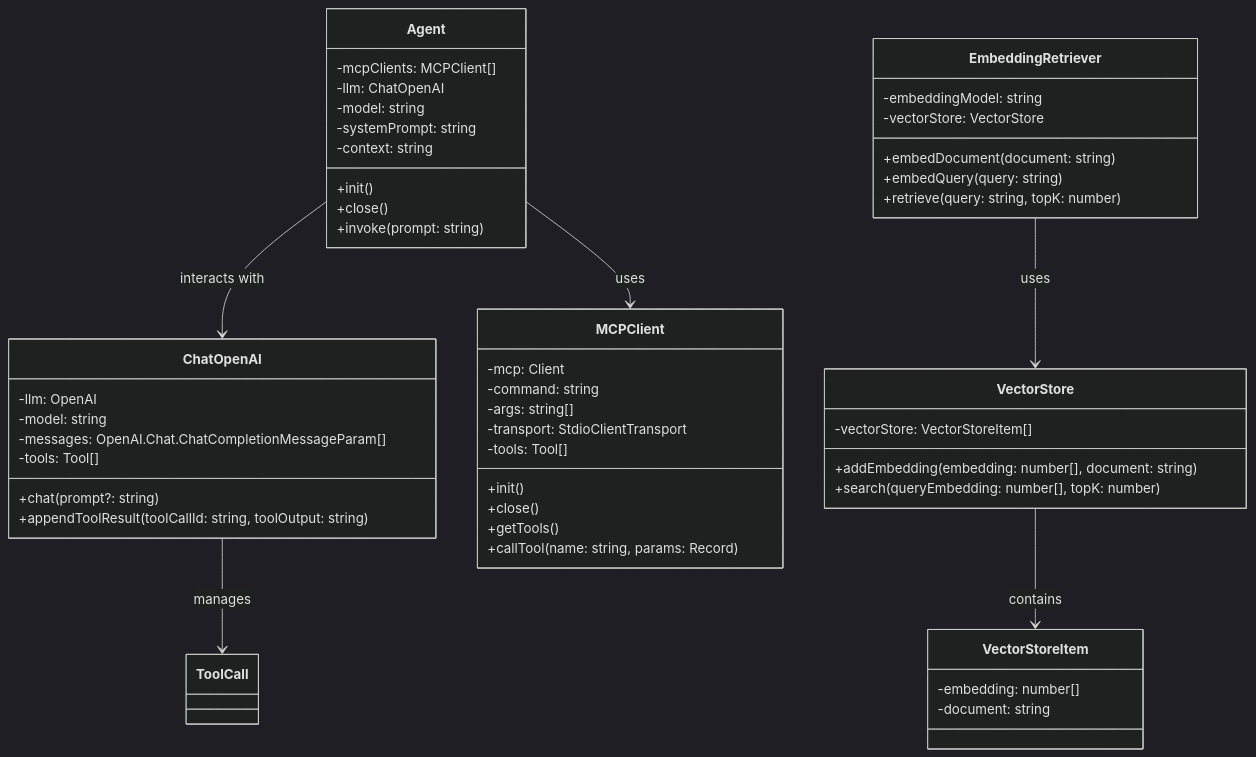
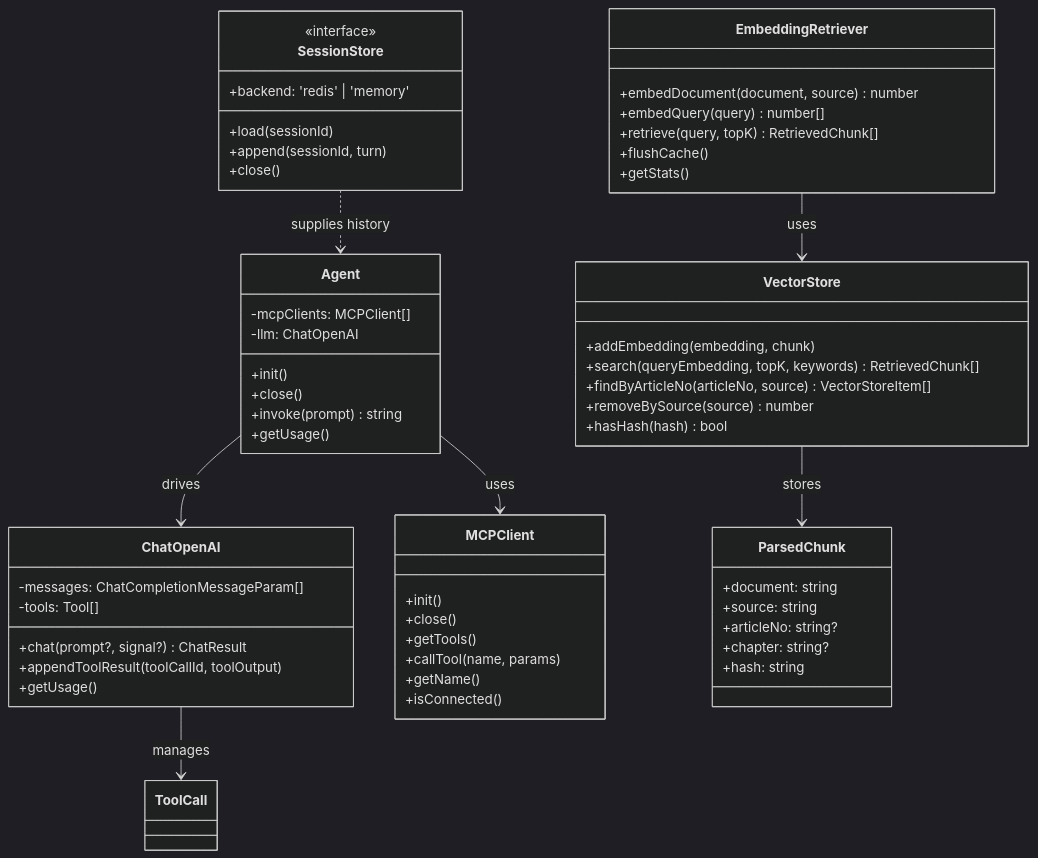
The diagram in README.md (MoreClosersy/MAXLAW), drawn with Mermaid (dark theme) before and after one commit. The commit also changed other lines of this file and 73 other files, not shown here.

````diff
--- a/README.md
+++ b/README.md
@@ -13,54 +585,61 @@
 ```mermaid
 classDiagram
     class Agent {
         +init()
         +close()
-        +invoke(prompt: string)
+        +invoke(prompt) string
+        +getUsage()
         -mcpClients: MCPClient[]
         -llm: ChatOpenAI
-        -model: string
-        -systemPrompt: string
-        -context: string
     }
     class ChatOpenAI {
-        +chat(prompt?: string)
-        +appendToolResult(toolCallId: string, toolOutput: string)
-        -llm: OpenAI
-        -model: string
-        -messages: OpenAI.Chat.ChatCompletionMessageParam[]
+        +chat(prompt?, signal?) ChatResult
+        +appendToolResult(toolCallId, toolOutput)
+        +getUsage()
+        -messages: ChatCompletionMessageParam[]
         -tools: Tool[]
     }
     class EmbeddingRetriever {
-        +embedDocument(document: string)
-        +embedQuery(query: string)
-        +retrieve(query: string, topK: number)
-        -embeddingModel: string
-        -vectorStore: VectorStore
+        +embedDocument(document, source) number
+        +embedQuery(query) number[]
+        +retrieve(query, topK) RetrievedChunk[]
+        +flushCache()
+        +getStats()
+    }
+    class VectorStore {
+        +addEmbedding(embedding, chunk)
+        +search(queryEmbedding, topK, keywords) RetrievedChunk[]
+        +findByArticleNo(articleNo, source) VectorStoreItem[]
+        +removeBySource(source) number
+        +hasHash(hash) bool
     }
     class MCPClient {
         +init()
         +close()
         +getTools()
-        +callTool(name: string, params: Record<string, any>)
-        -mcp: Client
-        -command: string
-        -args: string[]
-        -transport: StdioClientTransport
-        -tools: Tool[]
+        +callTool(name, params)
+        +getName()
+        +isConnected()
     }
-    class VectorStore {
-        +addEmbedding(embedding: number[], document: string)
-        +search(queryEmbedding: number[], topK: number)
-        -vectorStore: VectorStoreItem[]
+    class SessionStore {
+        <<interface>>
+        +backend: 'redis' | 'memory'
+        +load(sessionId)
+        +append(sessionId, turn)
+        +close()
     }
-    class VectorStoreItem {
-        -embedding: number[]
-        -document: string
+    class ParsedChunk {
+        +document: string
+        +source: string
+        +articleNo: string?
+        +chapter: string?
+        +hash: string
     }
 
     Agent --> MCPClient : uses
-    Agent --> ChatOpenAI : interacts with
+    Agent --> ChatOpenAI : drives
     ChatOpenAI --> ToolCall : manages
     EmbeddingRetriever --> VectorStore : uses
-    VectorStore --> VectorStoreItem : contains
+    VectorStore --> ParsedChunk : stores
+    SessionStore ..> Agent : supplies history
 ```
````
